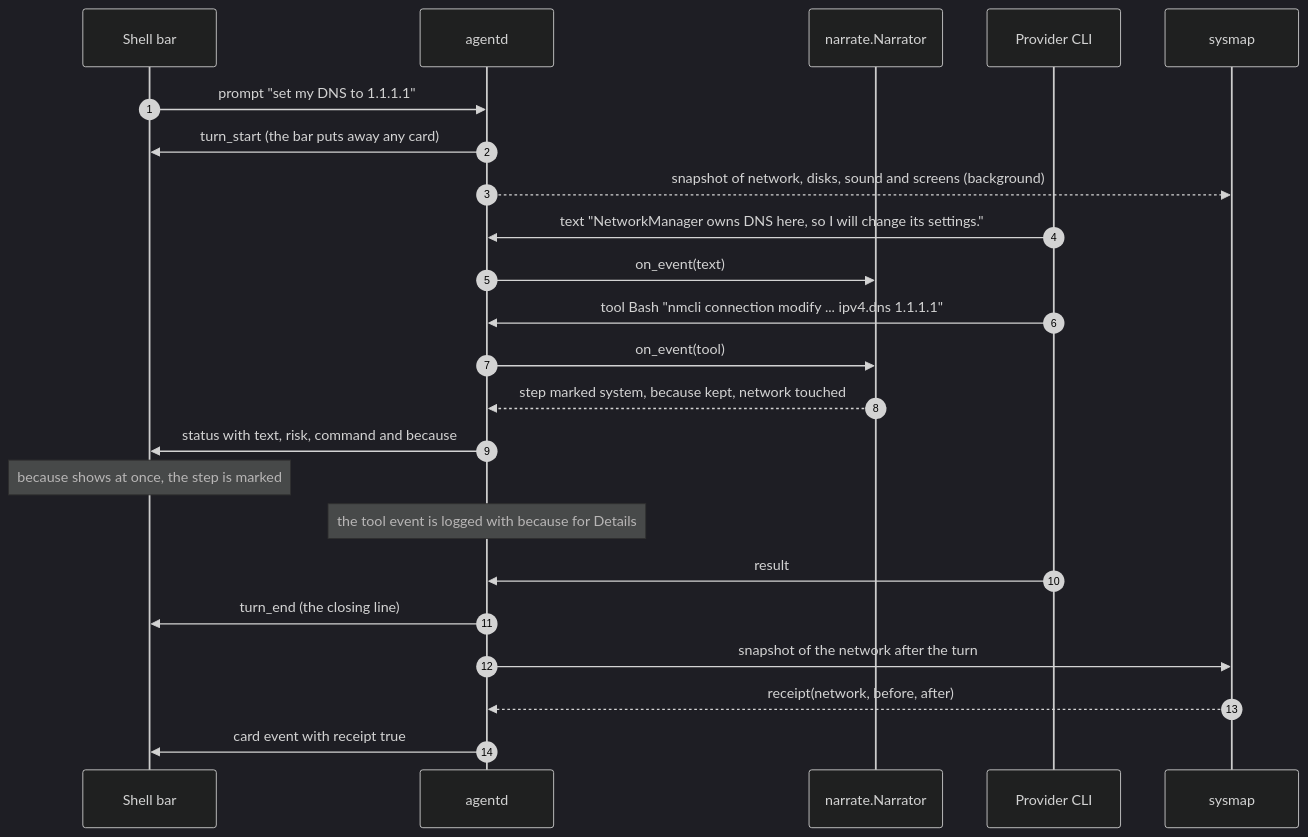
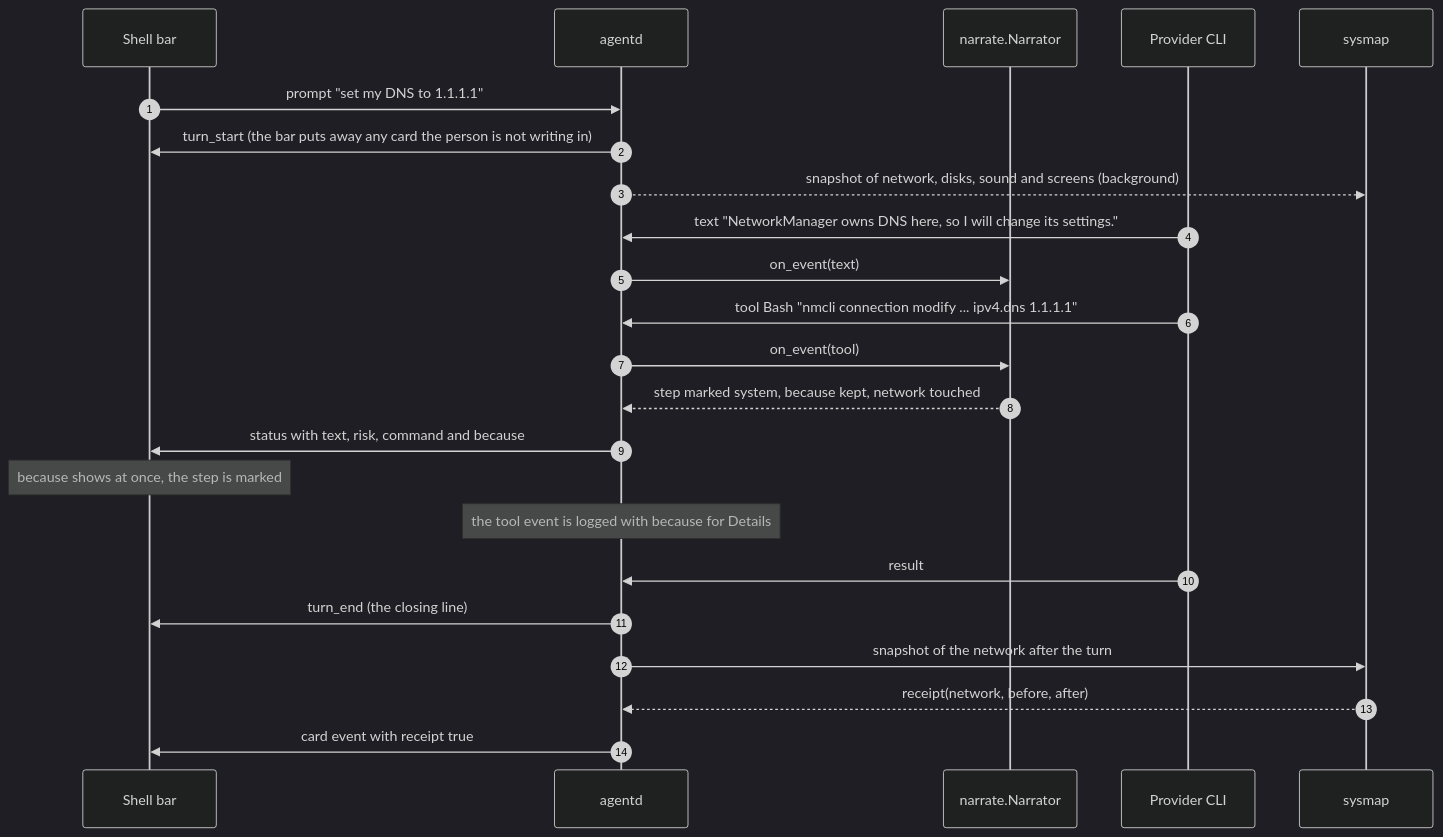
One commit to thedefaultman/Bombadil changed the second of 3 diagrams in docs/architecture/cards-and-pictures.md. Above: the diagram before and after it, drawn with Mermaid (dark theme). The commit also changed other lines of this file and 10 other files, not shown here.

````diff
--- a/docs/architecture/cards-and-pictures.md
+++ b/docs/architecture/cards-and-pictures.md
@@ -82,25 +99,25 @@
 ```mermaid
 sequenceDiagram
     autonumber
     participant Bar as Shell bar
     participant D as agentd
     participant N as narrate.Narrator
     participant C as Provider CLI
     participant S as sysmap
     Bar->>D: prompt "set my DNS to 1.1.1.1"
-    D->>Bar: turn_start (the bar puts away any card)
+    D->>Bar: turn_start (the bar puts away any card the person is not writing in)
     D-->>S: snapshot of network, disks, sound and screens (background)
     C->>D: text "NetworkManager owns DNS here, so I will change its settings."
     D->>N: on_event(text)
     C->>D: tool Bash "nmcli connection modify ... ipv4.dns 1.1.1.1"
     D->>N: on_event(tool)
     N-->>D: step marked system, because kept, network touched
     D->>Bar: status with text, risk, command and because
     Note over Bar: because shows at once, the step is marked
     Note over D: the tool event is logged with because for Details
     C->>D: result
     D->>Bar: turn_end (the closing line)
     D->>S: snapshot of the network after the turn
     S-->>D: receipt(network, before, after)
     D->>Bar: card event with receipt true
 ```
````
